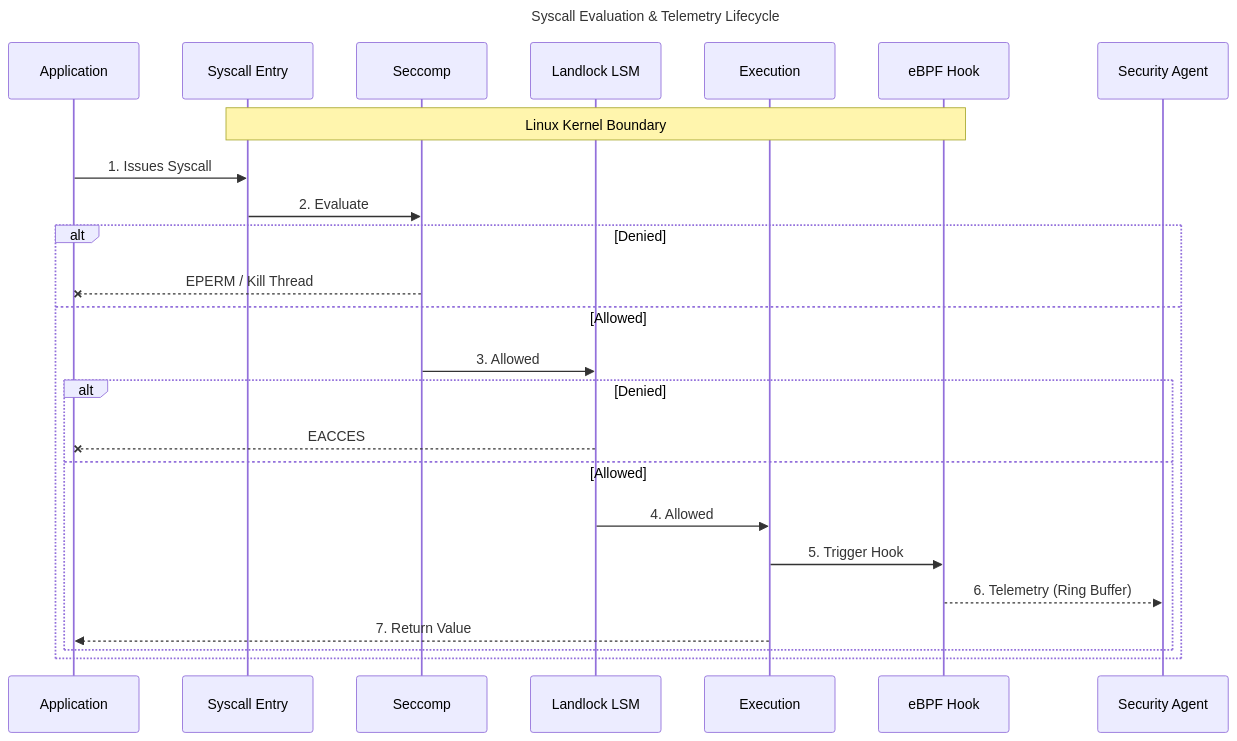
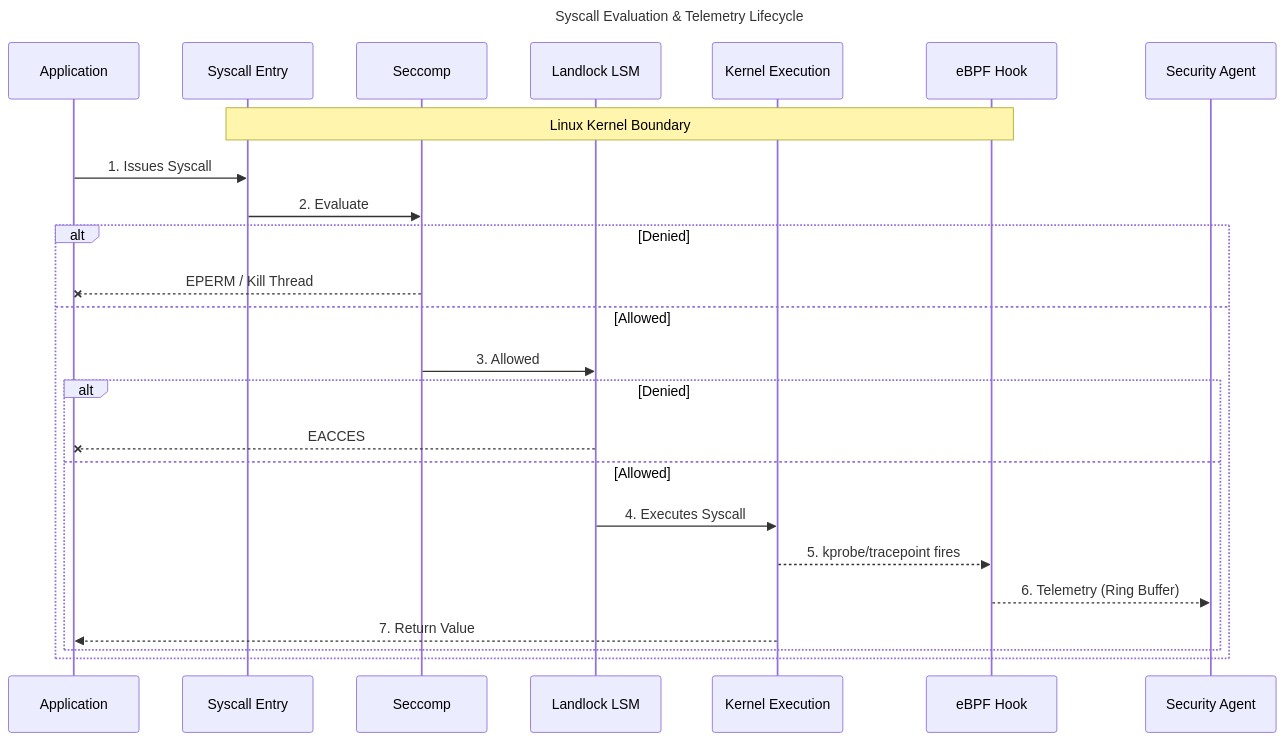
Before and after one commit to Pilleo/jseccomp: the fourth of 6 diagrams in docs/presentation/article.md, drawn with Mermaid. The commit also changed 4 other files, not shown here.

Commit message:
docs: update architectural diagrams and documentation for thread-level enforcement and isolation patterns

````diff
--- a/docs/presentation/article.md
+++ b/docs/presentation/article.md
@@ -109,31 +109,31 @@
 ```mermaid
 ---
 title: "Syscall Evaluation & Telemetry Lifecycle"
 ---
 sequenceDiagram
     participant App as Application
     participant Kernel as Syscall Entry
     participant Seccomp as Seccomp
     participant Landlock as Landlock LSM
-    participant Exec as Execution
+    participant Kern as Kernel Execution
     participant eBPF as eBPF Hook
     participant Agent as Security Agent
 
     Note over Kernel, eBPF: Linux Kernel Boundary
 
     App->>Kernel: 1. Issues Syscall
     Kernel->>Seccomp: 2. Evaluate
     alt Denied
         Seccomp--xApp: EPERM / Kill Thread
     else Allowed
         Seccomp->>Landlock: 3. Allowed
         alt Denied
             Landlock--xApp: EACCES
         else Allowed
-            Landlock->>Exec: 4. Allowed
-            Exec->>eBPF: 5. Trigger Hook
+            Landlock->>Kern: 4. Executes Syscall
+            Kern-->>eBPF: 5. kprobe/tracepoint fires
             eBPF-->>Agent: 6. Telemetry (Ring Buffer)
-            Exec-->>App: 7. Return Value
+            Kern-->>App: 7. Return Value
         end
     end
 ```
````
